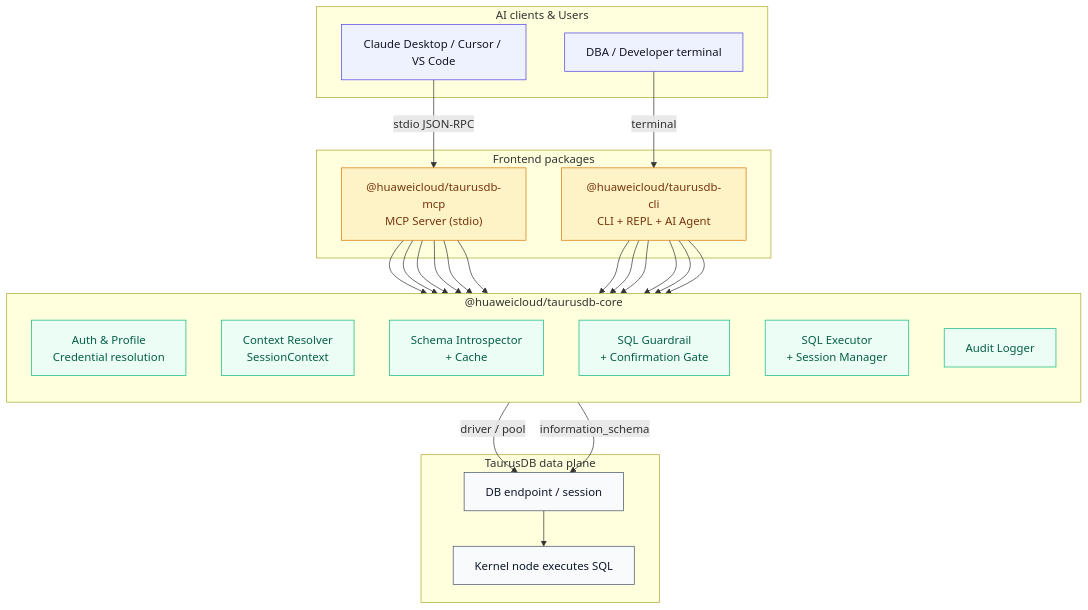
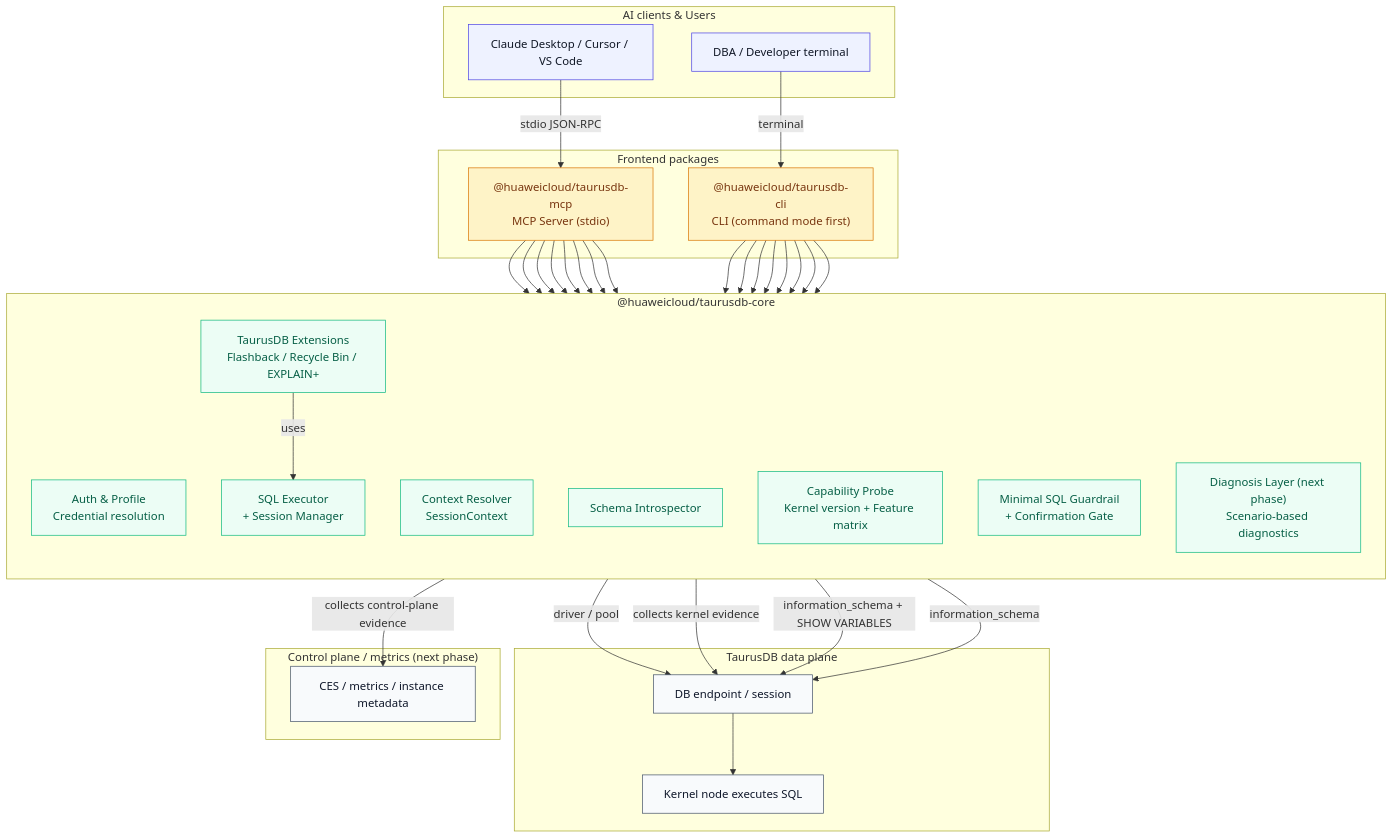
One commit to youweichen0208/taurus-mcp-server changed the first of 6 diagrams in docs/architecture.md. Above: the diagram before and after it, drawn with Mermaid. The commit also changed other lines of this file and 35 other files, not shown here.

````diff
--- a/docs/architecture.md
+++ b/docs/architecture.md
@@ -105,52 +128,66 @@
 ```mermaid
 flowchart TB
   classDef client fill:#EEF2FF,stroke:#4F46E5,color:#111827;
   classDef frontend fill:#FEF3C7,stroke:#D97706,color:#78350F;
   classDef core fill:#ECFDF5,stroke:#10B981,color:#065F46;
   classDef data fill:#F8FAFC,stroke:#475569,color:#0F172A;
 
   subgraph Clients["AI clients & Users"]
     C1["Claude Desktop / Cursor / VS Code"]:::client
     C2["DBA / Developer terminal"]:::client
   end
 
   subgraph Frontends["Frontend packages"]
     MCP["@huaweicloud/taurusdb-mcp<br/>MCP Server (stdio)"]:::frontend
-    CLI["@huaweicloud/taurusdb-cli<br/>CLI + REPL + AI Agent"]:::frontend
+    CLI["@huaweicloud/taurusdb-cli<br/>CLI (command mode first)"]:::frontend
   end
 
   subgraph Core["@huaweicloud/taurusdb-core"]
     direction TB
     AUTH["Auth & Profile<br/>Credential resolution"]:::core
     CTX["Context Resolver<br/>SessionContext"]:::core
-    SCH["Schema Introspector<br/>+ Cache"]:::core
-    SAFE["SQL Guardrail<br/>+ Confirmation Gate"]:::core
+    SCH["Schema Introspector"]:::core
+    CAP["Capability Probe<br/>Kernel version + Feature matrix"]:::core
+    SAFE["Minimal SQL Guardrail<br/>+ Confirmation Gate"]:::core
     EXEC["SQL Executor<br/>+ Session Manager"]:::core
-    AUD["Audit Logger"]:::core
+    TAURUS["TaurusDB Extensions<br/>Flashback / Recycle Bin / EXPLAIN+"]:::core
+    DIAG["Diagnosis Layer (next phase)<br/>Scenario-based diagnostics"]:::core
   end
 
   subgraph DataPlane["TaurusDB data plane"]
     DB["DB endpoint / session"]:::data
     KERNEL["Kernel node executes SQL"]:::data
+  end
+
+  subgraph ControlPlane["Control plane / metrics (next phase)"]
+    METRICS["CES / metrics / instance metadata"]:::data
   end
 
   C1 -->|"stdio JSON-RPC"| MCP
   C2 -->|"terminal"| CLI
 
   MCP --> AUTH
   MCP --> CTX
   MCP --> SCH
+  MCP --> CAP
   MCP --> SAFE
   MCP --> EXEC
-  MCP --> AUD
+  MCP --> TAURUS
+  MCP --> DIAG
 
   CLI --> AUTH
   CLI --> CTX
   CLI --> SCH
+  CLI --> CAP
   CLI --> SAFE
   CLI --> EXEC
-  CLI --> AUD
+  CLI --> TAURUS
+  CLI --> DIAG
 
   EXEC -->|"driver / pool"| DB --> KERNEL
+  TAURUS -->|"uses"| EXEC
+  DIAG -->|"collects kernel evidence"| DB
+  DIAG -->|"collects control-plane evidence"| METRICS
+  CAP -->|"information_schema + SHOW VARIABLES"| DB
   SCH -->|"information_schema"| DB
 ```
````
